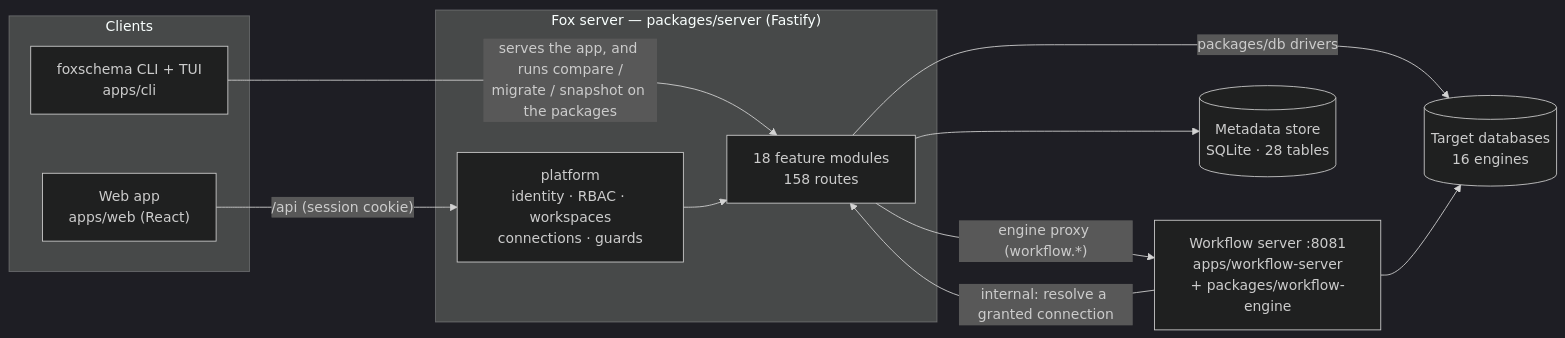
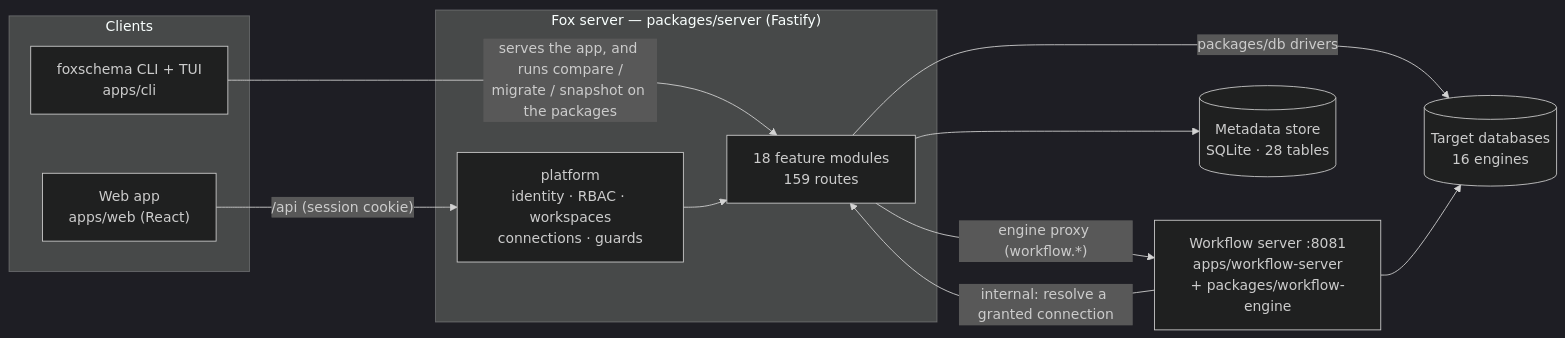
Before and after one commit to tedious-code/foxSchema: the first of 12 diagrams in docs/FEATURE_MAP.md, drawn with Mermaid (dark theme). The commit also changed other lines of this file and 10 other files, not shown here.

````diff
--- a/docs/FEATURE_MAP.md
+++ b/docs/FEATURE_MAP.md
@@ -33,23 +33,23 @@
 ```mermaid
 flowchart LR
   subgraph clients[Clients]
     WEB["Web app<br/>apps/web (React)"]
     CLI["foxschema CLI + TUI<br/>apps/cli"]
   end
   subgraph server["Fox server — packages/server (Fastify)"]
     PLAT["platform<br/>identity · RBAC · workspaces<br/>connections · guards"]
-    FEAT["18 feature modules<br/>158 routes"]
+    FEAT["18 feature modules<br/>159 routes"]
   end
   WFS["Workflow server :8081<br/>apps/workflow-server<br/>+ packages/workflow-engine"]
   META[("Metadata store<br/>SQLite · 28 tables")]
   ENG[("Target databases<br/>16 engines")]
 
   WEB -- "/api (session cookie)" --> PLAT
   CLI -- "serves the app, and runs compare /<br/>migrate / snapshot on the packages" --> FEAT
   PLAT --> FEAT
   FEAT --> META
   FEAT -- "packages/db drivers" --> ENG
   FEAT -- "engine proxy (workflow.*)" --> WFS
   WFS -- "internal: resolve a granted connection" --> FEAT
   WFS --> ENG
 ```
````
